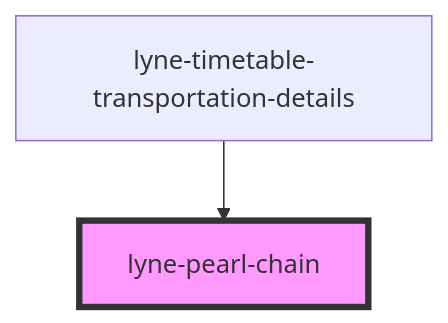
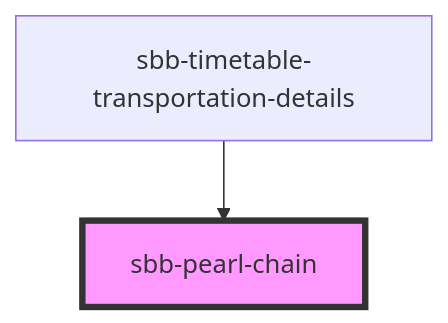
The diagram in src/components/sbb-pearl-chain/readme.md (sbb-design-systems/lyne-components), drawn with Mermaid before and after one commit. The commit also changed other lines of this file and 348 other files, not shown here.

Commit message:
refactor: 'lyne' prefix renamed to 'sbb'

````diff
--- a/src/components/sbb-pearl-chain/readme.md
+++ b/src/components/sbb-pearl-chain/readme.md
@@ -24,5 +24,5 @@
 ```mermaid
 graph TD;
-  lyne-timetable-transportation-details --> lyne-pearl-chain
-  style lyne-pearl-chain fill:#f9f,stroke:#333,stroke-width:4px
+  sbb-timetable-transportation-details --> sbb-pearl-chain
+  style sbb-pearl-chain fill:#f9f,stroke:#333,stroke-width:4px
 ```
````
